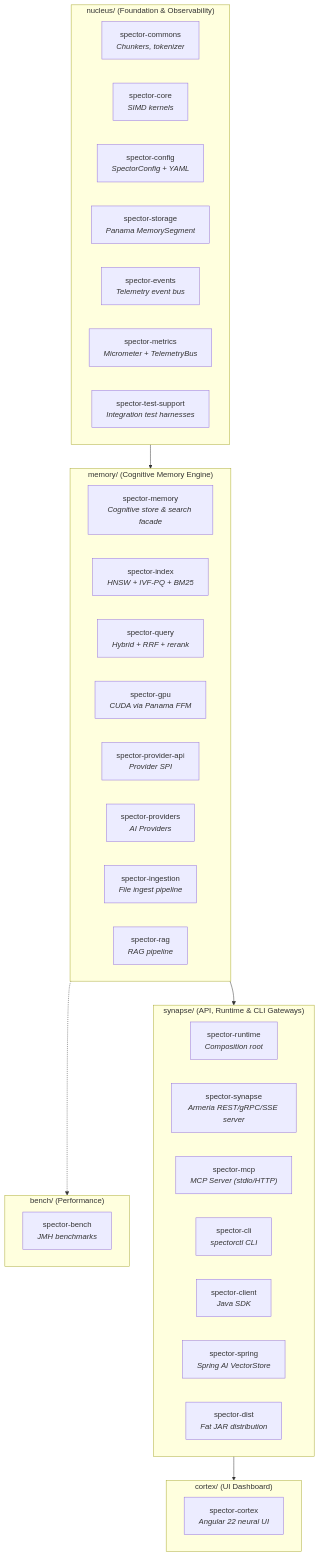
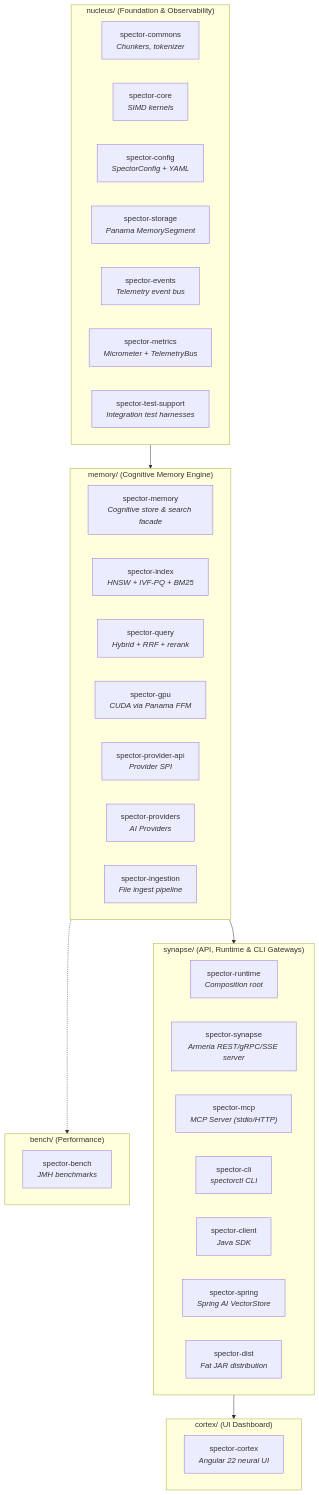
Before and after one commit to spectrayan/spector: the first of 3 diagrams in docs/docs/modules/index.md, drawn with Mermaid. The commit also changed other lines of this file and 34 other files, not shown here.

First line of the commit message:
docs(docs): align project documentation with memory recall architecture (#321)

````diff
--- a/docs/docs/modules/index.md
+++ b/docs/docs/modules/index.md
@@ -9,45 +9,44 @@
 ```mermaid
 graph TB
     subgraph nucleus["nucleus/ (Foundation & Observability)"]
         commons["spector-commons<br/><i>Chunkers, tokenizer</i>"]
         core["spector-core<br/><i>SIMD kernels</i>"]
         config["spector-config<br/><i>SpectorConfig + YAML</i>"]
         storage["spector-storage<br/><i>Panama MemorySegment</i>"]
         events["spector-events<br/><i>Telemetry event bus</i>"]
         metrics["spector-metrics<br/><i>Micrometer + TelemetryBus</i>"]
         testsupport["spector-test-support<br/><i>Integration test harnesses</i>"]
     end
 
     subgraph memory["memory/ (Cognitive Memory Engine)"]
         spectormemory["spector-memory<br/><i>Cognitive store & search facade</i>"]
         index["spector-index<br/><i>HNSW + IVF-PQ + BM25</i>"]
         query["spector-query<br/><i>Hybrid + RRF + rerank</i>"]
         gpu["spector-gpu<br/><i>CUDA via Panama FFM</i>"]
         providerApi["spector-provider-api<br/><i>Provider SPI</i>"]
         providers["spector-providers<br/><i>AI Providers</i>"]
         ingestion["spector-ingestion<br/><i>File ingest pipeline</i>"]
-        rag["spector-rag<br/><i>RAG pipeline</i>"]
     end
 
     subgraph synapse["synapse/ (API, Runtime & CLI Gateways)"]
         runtime["spector-runtime<br/><i>Composition root</i>"]
         synapseapp["spector-synapse<br/><i>Armeria REST/gRPC/SSE server</i>"]
         mcp["spector-mcp<br/><i>MCP Server (stdio/HTTP)</i>"]
         cli["spector-cli<br/><i>spectorctl CLI</i>"]
         client["spector-client<br/><i>Java SDK</i>"]
         spring["spector-spring<br/><i>Spring AI VectorStore</i>"]
         dist["spector-dist<br/><i>Fat JAR distribution</i>"]
     end
 
     subgraph cortex["cortex/ (UI Dashboard)"]
         spectorcortex["spector-cortex<br/><i>Angular 22 neural UI</i>"]
     end
 
     subgraph bench["bench/ (Performance)"]
         spectorbench["spector-bench<br/><i>JMH benchmarks</i>"]
     end
 
     nucleus --> memory --> synapse
     synapse --> cortex
     memory -.-> bench
 ```
````
